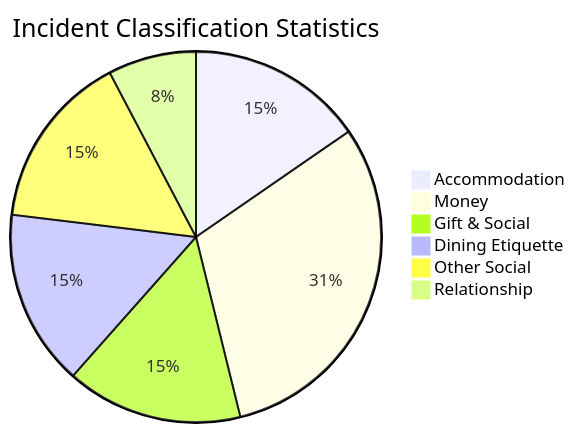
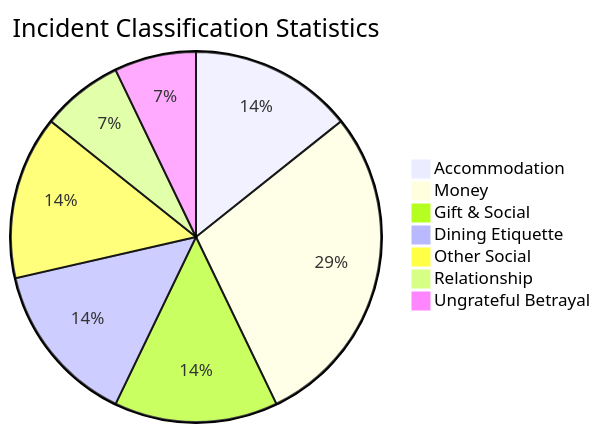
The first of 2 diagrams in en/notes/📦 Inbox/JIM CHEN.md (Zakkaus/nolebase), drawn with Mermaid before and after one commit. The commit also changed other lines of this file and 5 other files, not shown here.

````diff
--- a/en/notes/📦 Inbox/JIM CHEN.md
+++ b/en/notes/📦 Inbox/JIM CHEN.md
@@ -243,9 +272,10 @@
 ```mermaid
 pie title Incident Classification Statistics
     "Accommodation" : 2
     "Money" : 4
     "Gift & Social" : 2
     "Dining Etiquette" : 2
     "Other Social" : 2
     "Relationship" : 1
+    "Ungrateful Betrayal" : 1
 ```
````
